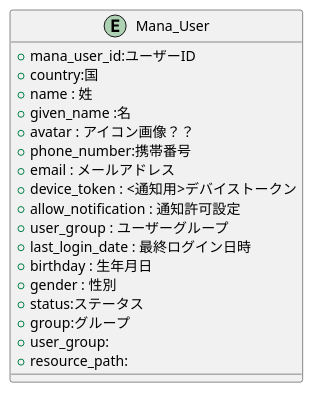
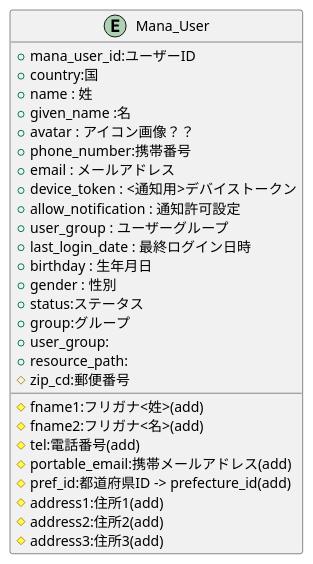
One commit to popoposorara/ERP_ER changed the diagram in Entity/Mana_User.pu. Above: the diagram before and after it, drawn with PlantUML. The commit also changed 14 other files, not shown here.

```diff
--- a/Entity/Mana_User.pu
+++ b/Entity/Mana_User.pu
@@ -1,23 +1,32 @@
 @startuml
 
 entity "Mana_User" {
     + mana_user_id:ユーザーID
     + country:国
     + name : 姓
     + given_name :名
+    # fname1:フリガナ<姓>(add)
+    # fname2:フリガナ<名>(add)
     + avatar : アイコン画像？？
+    # tel:電話番号(add)
     + phone_number:携帯番号
     + email : メールアドレス
+    # portable_email:携帯メールアドレス(add)
     + device_token : <通知用>デバイストークン
     + allow_notification : 通知許可設定
     + user_group : ユーザーグループ
     + last_login_date : 最終ログイン日時
     + birthday : 生年月日
     + gender : 性別
     + status:ステータス
     + group:グループ
     + user_group:
     + resource_path:
+    # zip_cd:郵便番号
+    # pref_id:都道府県ID -> prefecture_id(add)
+    # address1:住所1(add)
+    # address2:住所2(add)
+    # address3:住所3(add)
 }
 
 @enduml
```
